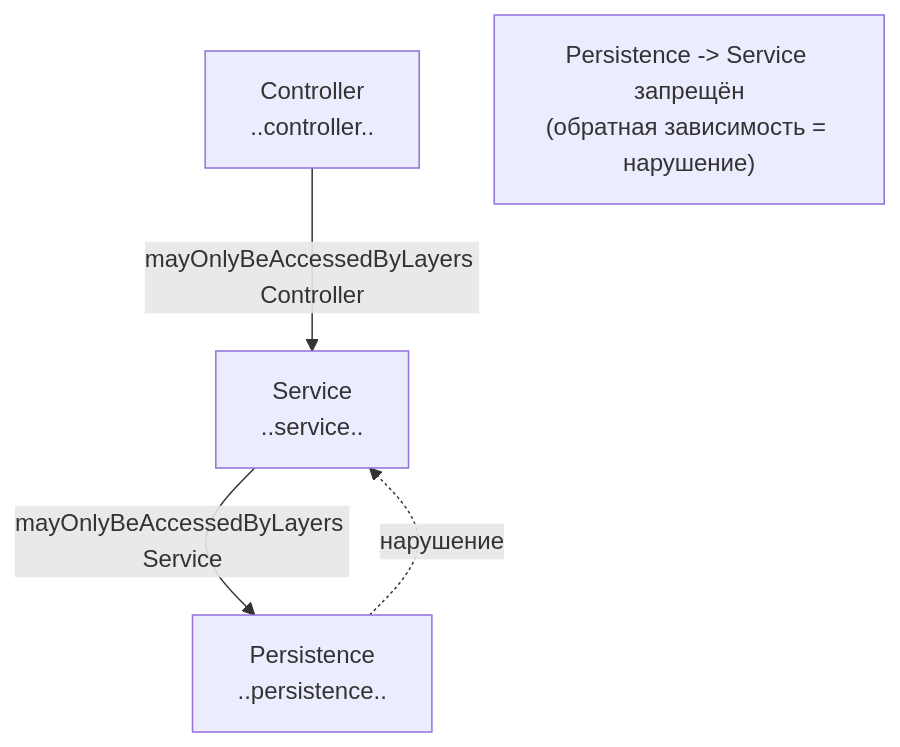
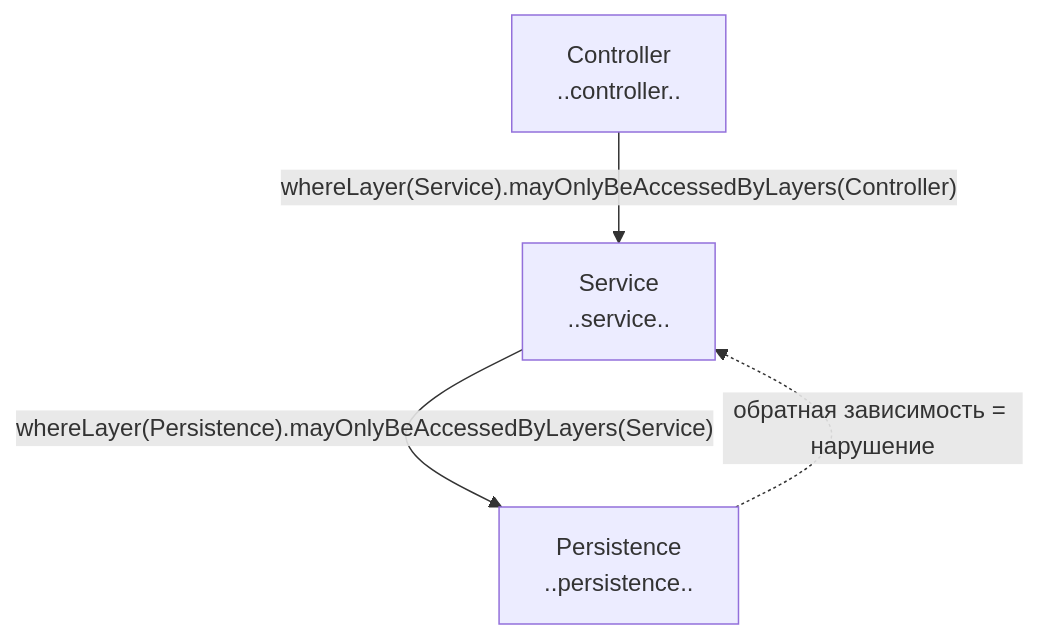
The first of 4 diagrams in cheatsheets/interview/testing/archunit-interview.md (akeverus/cheat-sheet), drawn with Mermaid before and after one commit. The commit also changed other lines of this file and 1 other file, not shown here.

Commit message:
fix(archunit): layeredArchitecture/onionArchitecture — составные правила, а не «декораторы»; диаграмма Q4
Замечание, повторявшееся во всех кругах: Architectures.layeredArchitecture() и
onionArchitecture() названы декораторами, хотя ничего не оборачивают — это
фабричные методы, возвращающие составное правило (LayeredArchitecture сам
реализует ArchRule). Формулировки исправлены в Q4, Q5 и в подписи сравнения;
секции блока Q5 приведены к новому термину.

Диаграмма Q4: подписи рёбер висели на исходящей стрелке, хотя клауза объявлена
на слое-адресате (whereLayer("Service")), а узел note не был связан ни с чем и
рендерился висячим прямоугольником. Подписи названы полной клаузой, note убран,
пояснение перенесено на пунктирное ребро нарушения.

Гейты: schema OK, linkage errors=0, anti-tell 0/15, parity PASS.

````diff
--- a/cheatsheets/interview/testing/archunit-interview.md
+++ b/cheatsheets/interview/testing/archunit-interview.md
@@ -184,10 +184,9 @@
 ```mermaid
 flowchart TD
     C["Controller<br/>..controller.."]
     S["Service<br/>..service.."]
     P["Persistence<br/>..persistence.."]
-    C -->|mayOnlyBeAccessedByLayers Controller| S
-    S -->|mayOnlyBeAccessedByLayers Service| P
-    note["Persistence -> Service запрещён<br/>(обратная зависимость = нарушение)"]
-    P -.->|нарушение| S
+    C -->|"whereLayer(Service).mayOnlyBeAccessedByLayers(Controller)"| S
+    S -->|"whereLayer(Persistence).mayOnlyBeAccessedByLayers(Service)"| P
+    P -.->|"обратная зависимость = нарушение"| S
 ```
````
